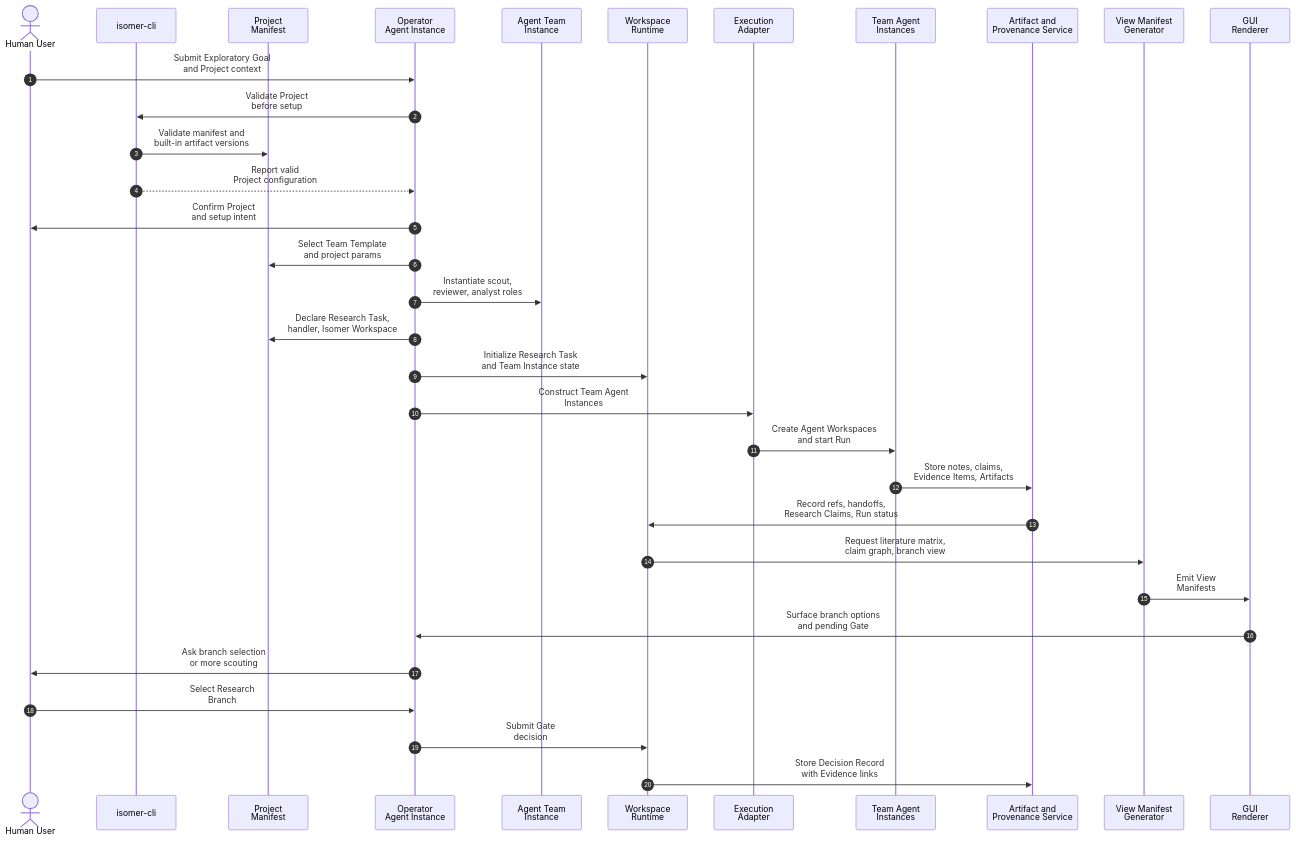
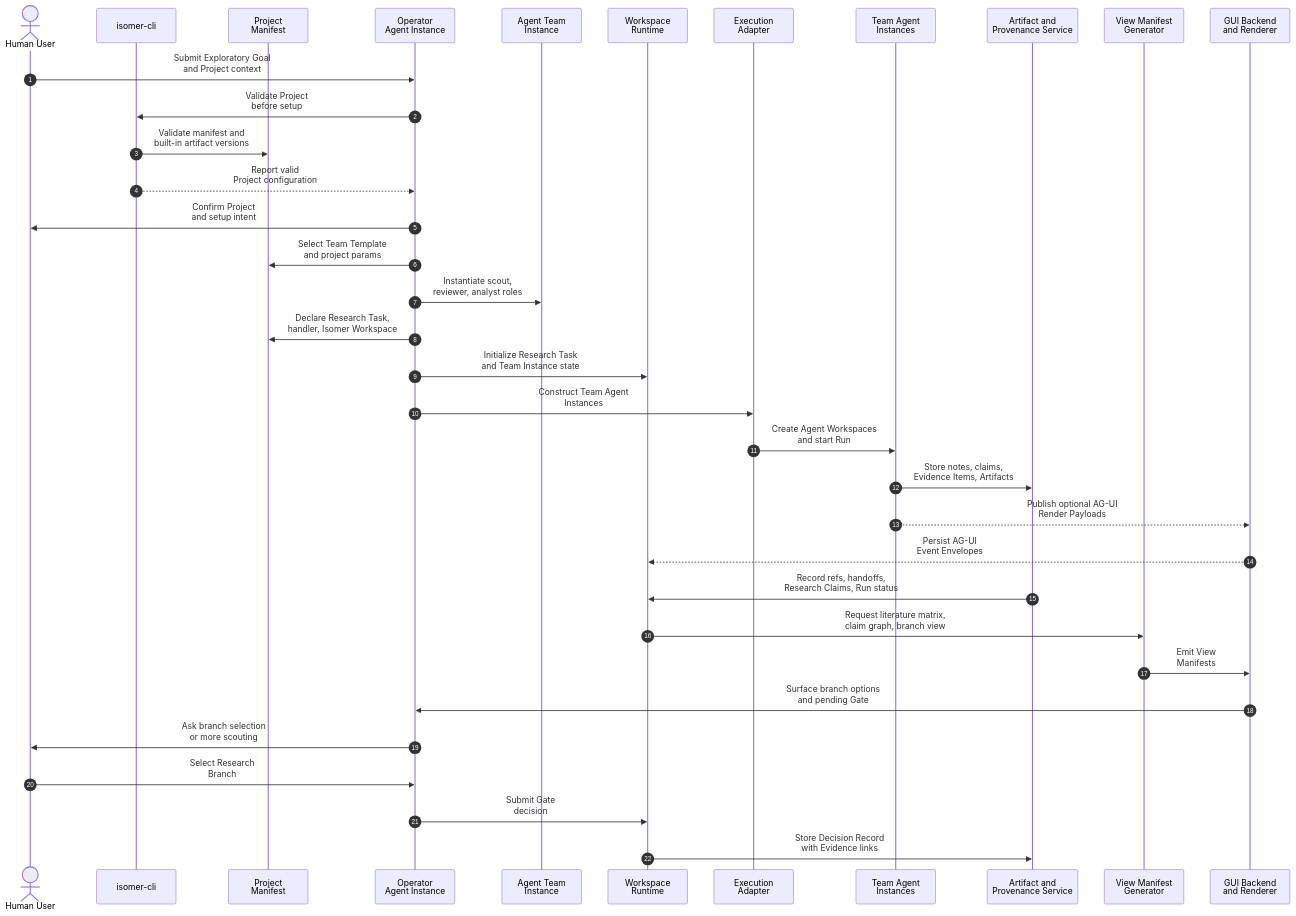
One commit to CodeGandee/isomer-labs changed the second of 2 diagrams in .imsight-arts/project-explore/use-cases/uc-01-explore-new-research-direction.md. Above: the diagram before and after it, drawn with Mermaid. The commit also changed other lines of this file and 13 other files, not shown here.

Commit message:
docs: define gui handling architecture

````diff
--- a/.imsight-arts/project-explore/use-cases/uc-01-explore-new-research-direction.md
+++ b/.imsight-arts/project-explore/use-cases/uc-01-explore-new-research-direction.md
@@ -83,36 +83,38 @@
 ```mermaid
 sequenceDiagram
   autonumber
   actor User as Human User
   participant CLI as isomer-cli
   participant PM as Project<br/>Manifest
   participant Operator as Operator<br/>Agent Instance
   participant Team as Agent Team<br/>Instance
   participant Runtime as Workspace<br/>Runtime
   participant Adapter as Execution<br/>Adapter
   participant Agents as Team Agent<br/>Instances
   participant Provenance as Artifact and<br/>Provenance Service
   participant Views as View Manifest<br/>Generator
-  participant GUI as GUI<br/>Renderer
+  participant GUI as GUI Backend<br/>and Renderer
 
   User->>Operator: Submit Exploratory Goal<br/>and Project context
   Operator->>CLI: Validate Project<br/>before setup
   CLI->>PM: Validate manifest and<br/>built-in artifact versions
   CLI-->>Operator: Report valid<br/>Project configuration
   Operator->>User: Confirm Project<br/>and setup intent
   Operator->>PM: Select Team Template<br/>and project params
   Operator->>Team: Instantiate scout,<br/>reviewer, analyst roles
   Operator->>PM: Declare Research Task,<br/>handler, Isomer Workspace
   Operator->>Runtime: Initialize Research Task<br/>and Team Instance state
   Operator->>Adapter: Construct Team Agent<br/>Instances
   Adapter->>Agents: Create Agent Workspaces<br/>and start Run
   Agents->>Provenance: Store notes, claims,<br/>Evidence Items, Artifacts
+  Agents-->>GUI: Publish optional AG-UI<br/>Render Payloads
+  GUI-->>Runtime: Persist AG-UI<br/>Event Envelopes
   Provenance->>Runtime: Record refs, handoffs,<br/>Research Claims, Run status
   Runtime->>Views: Request literature matrix,<br/>claim graph, branch view
   Views->>GUI: Emit View<br/>Manifests
   GUI->>Operator: Surface branch options<br/>and pending Gate
   Operator->>User: Ask branch selection<br/>or more scouting
   User->>Operator: Select Research<br/>Branch
   Operator->>Runtime: Submit Gate<br/>decision
   Runtime->>Provenance: Store Decision Record<br/>with Evidence links
 ```
````
